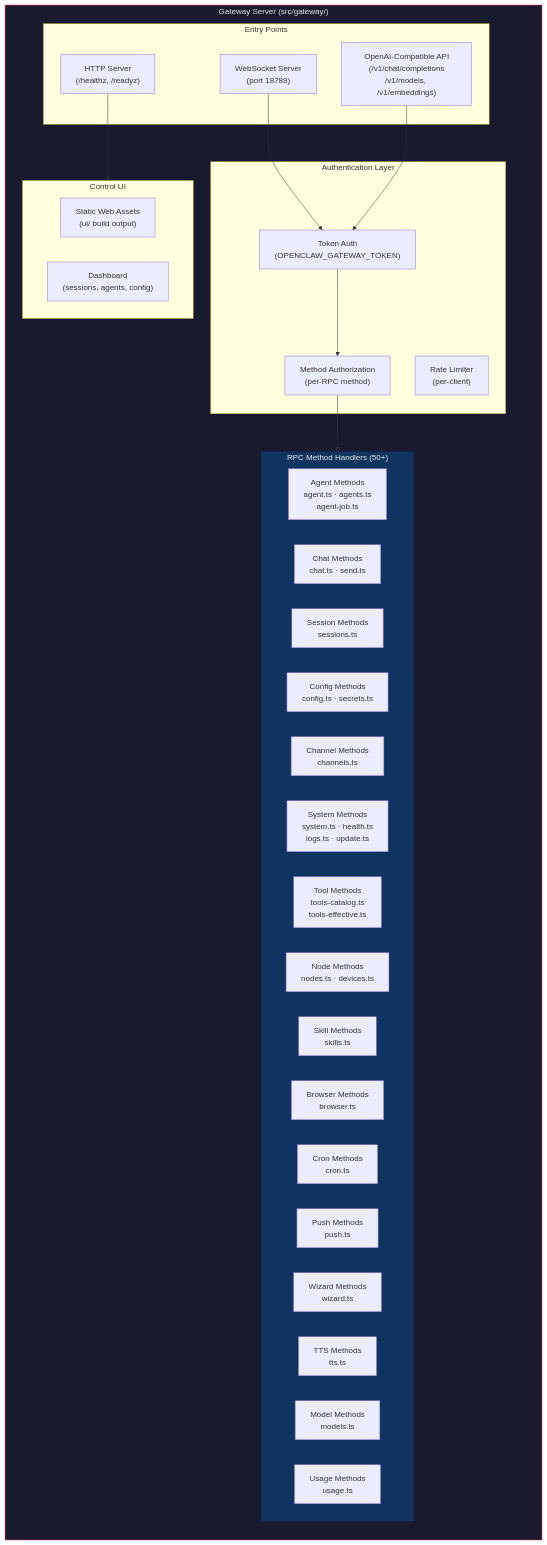
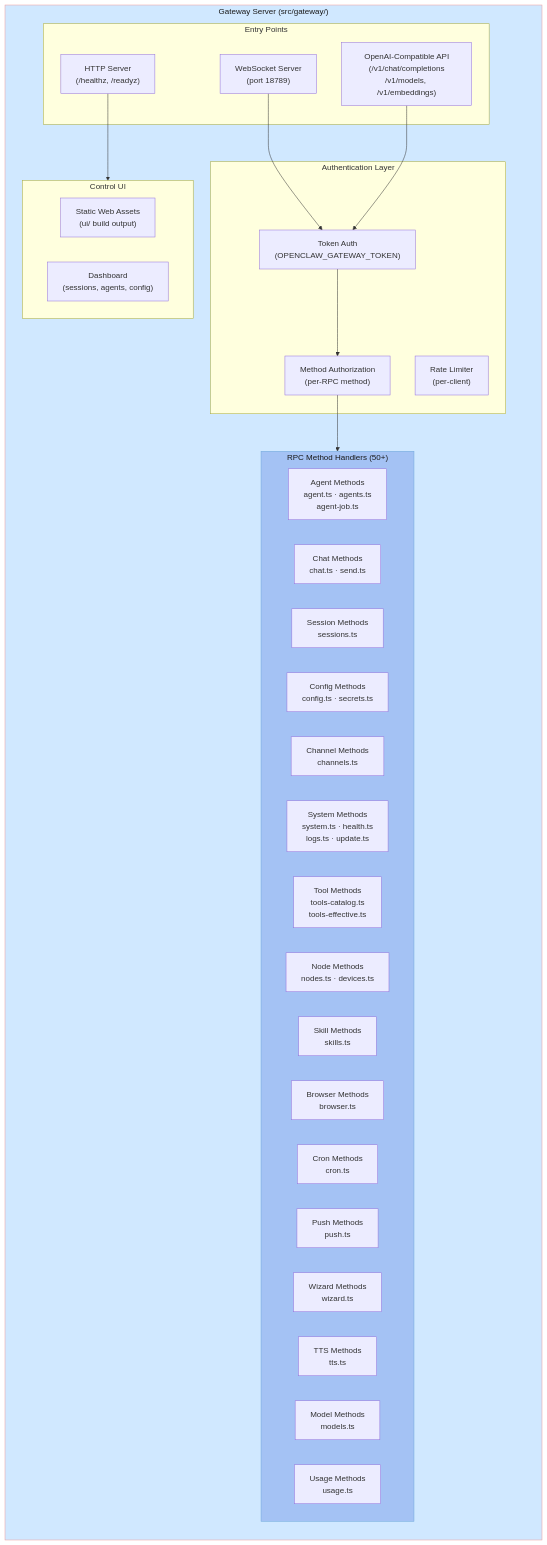
Before and after one commit to lordaouy/openclaw: the sixth of 44 diagrams in docs/reference/technical-architecture-report.md, drawn with Mermaid. The commit also changed other lines of this file, not shown here.

First line of the commit message:
docs: replace dark Mermaid diagram colors with light readable palette

````diff
--- a/docs/reference/technical-architecture-report.md
+++ b/docs/reference/technical-architecture-report.md
@@ -451,49 +451,49 @@
 ```mermaid
 graph TB
     subgraph GatewayServer["Gateway Server (src/gateway/)"]
         direction TB
         
         subgraph EntryPoints["Entry Points"]
             WS["WebSocket Server\n(port 18789)"]
             HTTP["HTTP Server\n(/healthz, /readyz)"]
             OpenAI_API["OpenAI-Compatible API\n(/v1/chat/completions\n/v1/models, /v1/embeddings)"]
         end
         
         subgraph Auth["Authentication Layer"]
             TokenAuth["Token Auth\n(OPENCLAW_GATEWAY_TOKEN)"]
             RateLimit["Rate Limiter\n(per-client)"]
             MethodAuth["Method Authorization\n(per-RPC method)"]
         end
         
         subgraph RPCMethods["RPC Method Handlers (50+)"]
             AgentMethods["Agent Methods\nagent.ts · agents.ts\nagent-job.ts"]
             ChatMethods["Chat Methods\nchat.ts · send.ts"]
             SessionMethods["Session Methods\nsessions.ts"]
             ConfigMethods["Config Methods\nconfig.ts · secrets.ts"]
             ChannelMethods["Channel Methods\nchannels.ts"]
             SystemMethods["System Methods\nsystem.ts · health.ts\nlogs.ts · update.ts"]
             ToolMethods["Tool Methods\ntools-catalog.ts\ntools-effective.ts"]
             NodeMethods["Node Methods\nnodes.ts · devices.ts"]
             SkillMethods["Skill Methods\nskills.ts"]
             BrowserMethods["Browser Methods\nbrowser.ts"]
             CronMethods["Cron Methods\ncron.ts"]
             PushMethods["Push Methods\npush.ts"]
             WizardMethods["Wizard Methods\nwizard.ts"]
             TTSMethods["TTS Methods\ntts.ts"]
             ModelMethods["Model Methods\nmodels.ts"]
             UsageMethods["Usage Methods\nusage.ts"]
         end
         
         subgraph ControlUI["Control UI"]
             WebAssets["Static Web Assets\n(ui/ build output)"]
             Dashboard["Dashboard\n(sessions, agents, config)"]
         end
     end
 
     WS --> TokenAuth --> MethodAuth --> RPCMethods
     HTTP --> ControlUI
     OpenAI_API --> TokenAuth
 
-    style GatewayServer fill:#1a1a2e,stroke:#e94560,color:#e8e8e8
-    style RPCMethods fill:#0f3460,stroke:#16213e,color:#e8e8e8
+    style GatewayServer fill:#d0e8ff,stroke:#ef9a9a,color:#1a1a1a
+    style RPCMethods fill:#a4c2f4,stroke:#6fa8dc,color:#1a1a1a
 ```
````
